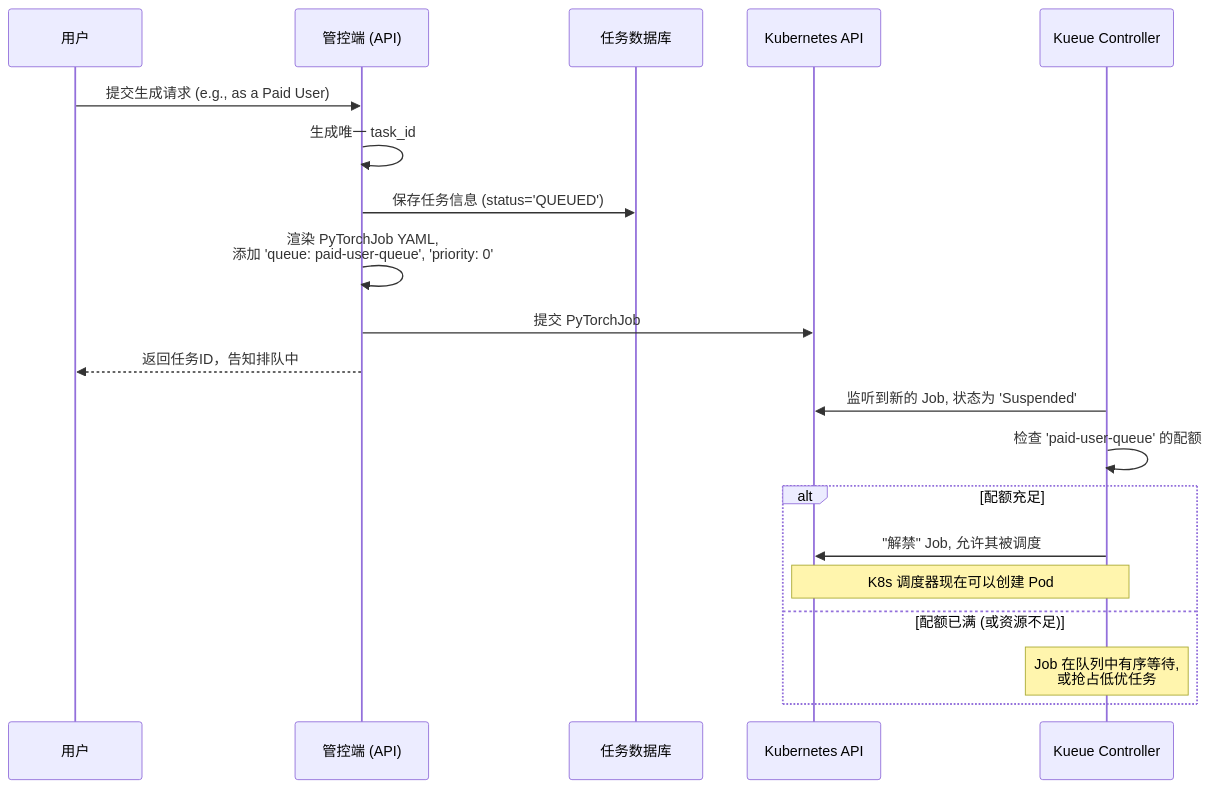
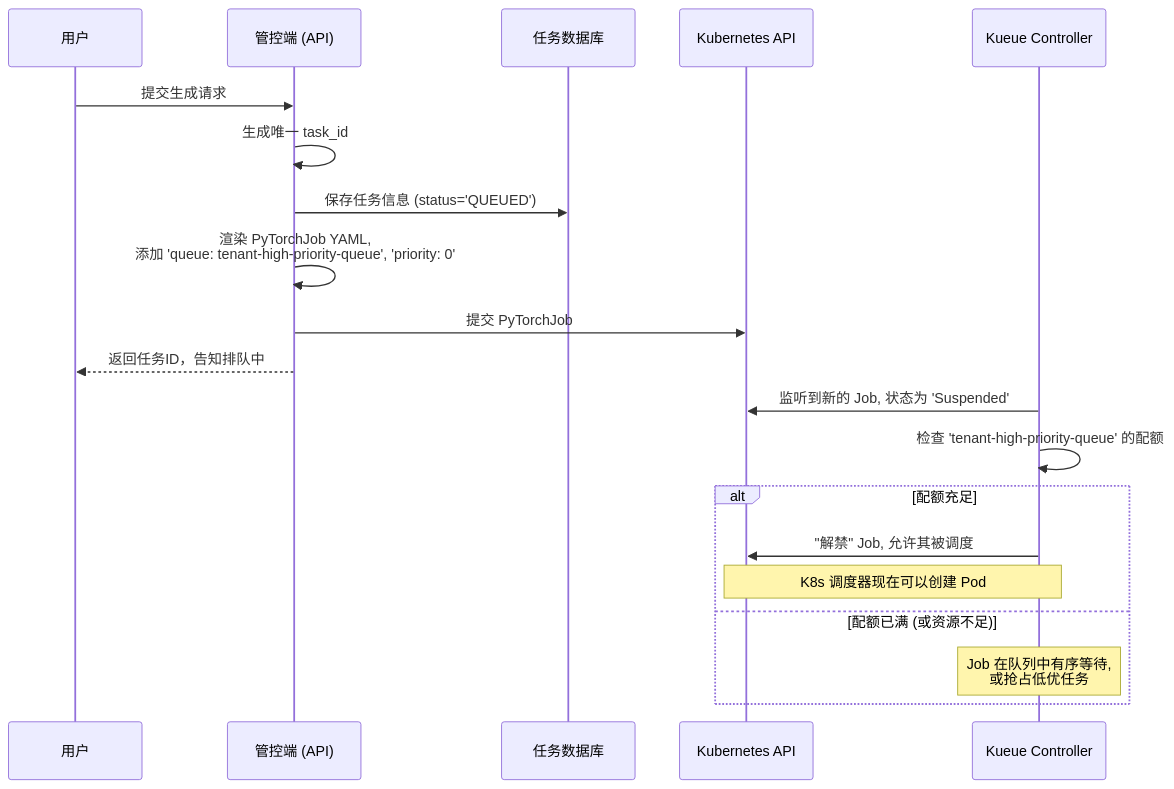
One commit to xiaolin8/Wan2.2 changed the first of 2 diagrams in 体验中心—后端架构.md. Above: the diagram before and after it, drawn with Mermaid. The commit also changed other lines of this file and 3 other files, not shown here.

````diff
--- a/体验中心—后端架构.md
+++ b/体验中心—后端架构.md
@@ -96,24 +418,24 @@
 ```mermaid
 sequenceDiagram
     participant User as 用户
     participant Controller as 管控端 (API)
     participant Database as 任务数据库
     participant K8sAPI as Kubernetes API
     participant Kueue as Kueue Controller
 
-    User->>Controller: 提交生成请求 (e.g., as a Paid User)
+    User->>Controller: 提交生成请求
     Controller->>Controller: 生成唯一 task_id
     Controller->>Database: 保存任务信息 (status='QUEUED')
-    Controller->>Controller: 渲染 PyTorchJob YAML, <br/>添加 'queue: paid-user-queue', 'priority: 0'
+    Controller->>Controller: 渲染 PyTorchJob YAML, <br/>添加 'queue: tenant-high-priority-queue', 'priority: 0'
     Controller->>K8sAPI: 提交 PyTorchJob
     Controller-->>User: 返回任务ID，告知排队中
 
     Kueue->>K8sAPI: 监听到新的 Job, 状态为 'Suspended'
-    Kueue->>Kueue: 检查 'paid-user-queue' 的配额
+    Kueue->>Kueue: 检查 'tenant-high-priority-queue' 的配额
     alt 配额充足
         Kueue->>K8sAPI: "解禁" Job, 允许其被调度
         Note over K8sAPI, Kueue: K8s 调度器现在可以创建 Pod
     else 配额已满 (或资源不足)
         Note over Kueue: Job 在队列中有序等待, <br/>或抢占低优任务
     end
 ```
````
